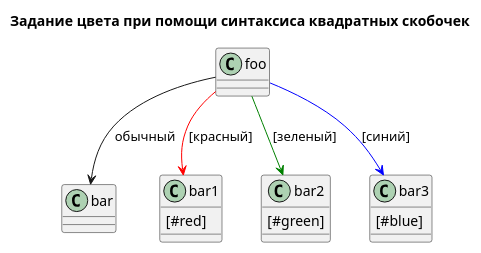
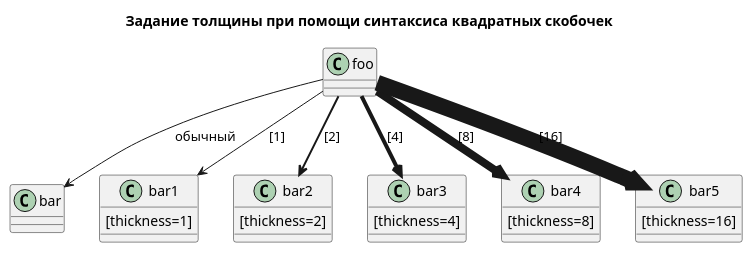
One commit to mizandarii/uml changed the diagram in class.wsd. Above: the diagram before and after it, drawn with PlantUML.

```diff
--- a/class.wsd
+++ b/class.wsd
@@ -1,14 +1,18 @@
 @startuml  
-title Задание цвета при помощи синтаксиса квадратных скобочек
+title Задание толщины при помощи синтаксиса квадратных скобочек
 class foo
 class bar
-bar1 : [#red]
-bar2 : [#green]
-bar3 : [#blue]
+bar1 : [thickness=1]
+bar2 : [thickness=2]
+bar3 : [thickness=4]
+bar4 : [thickness=8]
+bar5 : [thickness=16]
 
 foo --> bar             : обычный
-foo -[#red]-> bar1      : [красный]
-foo -[#green]-> bar2    : [зеленый]
-foo -[#blue]-> bar3    : [синий]
+foo -[thickness=1]-> bar1      : [1]
+foo -[thickness=2]-> bar2    : [2]
+foo -[thickness=4]-> bar3    : [4]
+foo -[thickness=8]-> bar4    : [8]
+foo -[thickness=16]-> bar5    : [16]
 
 @enduml
```
